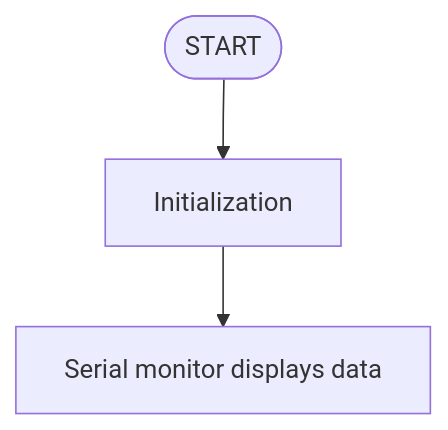
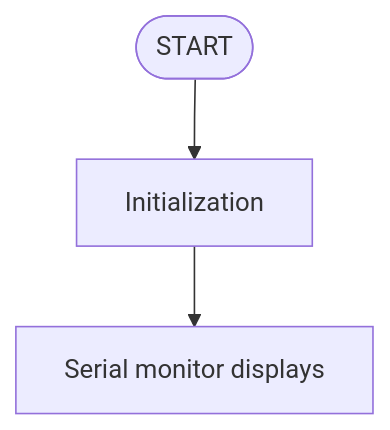
One commit to keyestudio/KS0597- changed the fifth of 9 diagrams in docs/4.Arduino Projects/4.3 Projects/Project 1.md. Above: the diagram before and after it, drawn with Mermaid. The commit also changed other lines of this file, not shown here.

````diff
--- a/docs/4.Arduino Projects/4.3 Projects/Project 1.md
+++ b/docs/4.Arduino Projects/4.3 Projects/Project 1.md
@@ -361,7 +390,7 @@
 ```mermaid
 graph TD
     A([START]) --> B[Initialization]
-    B --> C[Serial monitor displays data]
+    B --> C[Serial monitor displays ]
     
    
 ```
````
